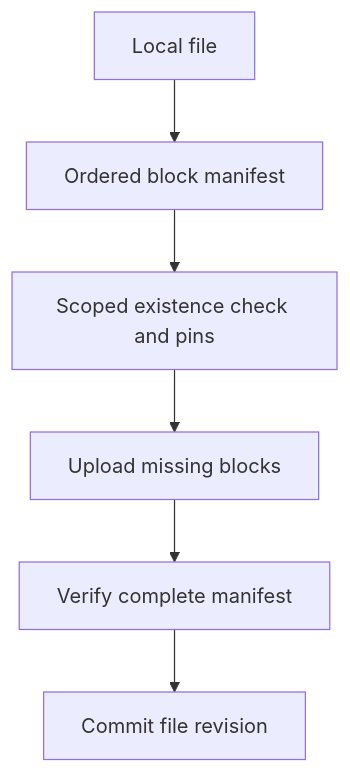
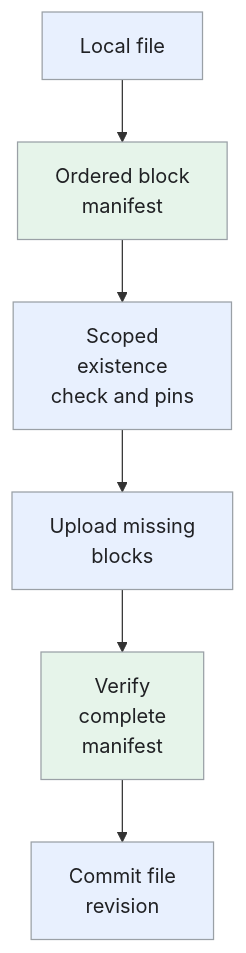
One commit to iliazlobin/iliazlobin.github.io changed the fourth of 5 diagrams in _designs/system-design-dropbox.md. Above: the diagram before and after it, drawn with Mermaid. The commit also changed other lines of this file and 131 other files, not shown here.

````diff
--- a/_designs/system-design-dropbox.md
+++ b/_designs/system-design-dropbox.md
@@ -202,8 +271,13 @@
 ```mermaid
 flowchart TB
-  F["Local file"] --> M["Ordered block manifest"]
-  M --> C["Scoped existence check and pins"]
-  C --> U["Upload missing blocks"]
-  U --> V["Verify complete manifest"]
-  V --> R["Commit file revision"]
+  F["Local file"] --> M["Ordered block<br>manifest"]
+  M --> C["Scoped<br>existence<br>check and pins"]
+  C --> U["Upload missing<br>blocks"]
+  U --> V["Verify<br>complete<br>manifest"]
+  V --> R["Commit file<br>revision"]
+  classDef request fill:#e8f0fe,stroke:#9aa0a6,color:#202124,stroke-width:1px
+  classDef background fill:#e6f4ea,stroke:#9aa0a6,color:#202124,stroke-width:1px
+  classDef control fill:#fef7e0,stroke:#9aa0a6,color:#202124,stroke-width:1px
+  class F,C,U,R request
+  class M,V background
 ```
````
